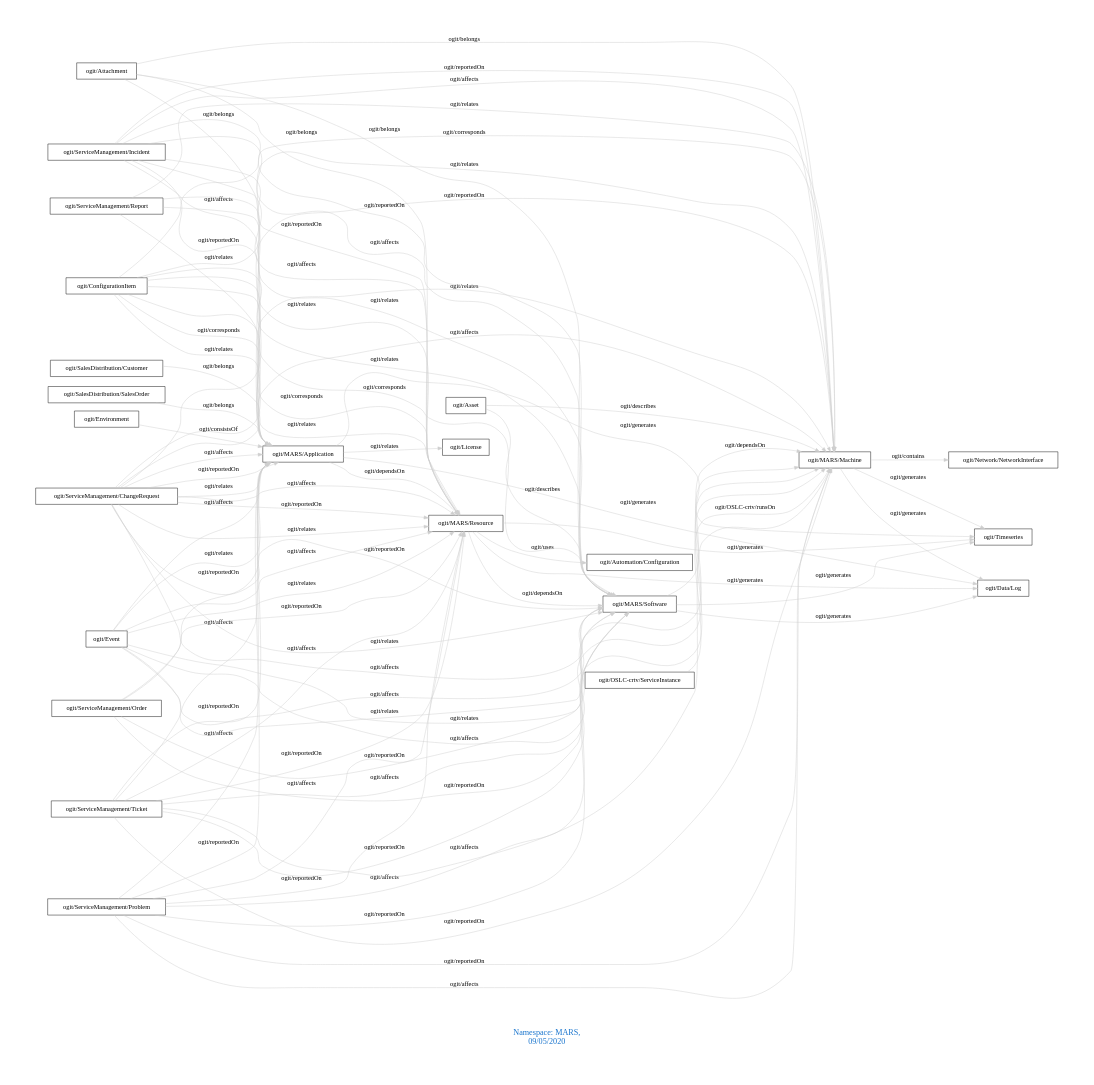
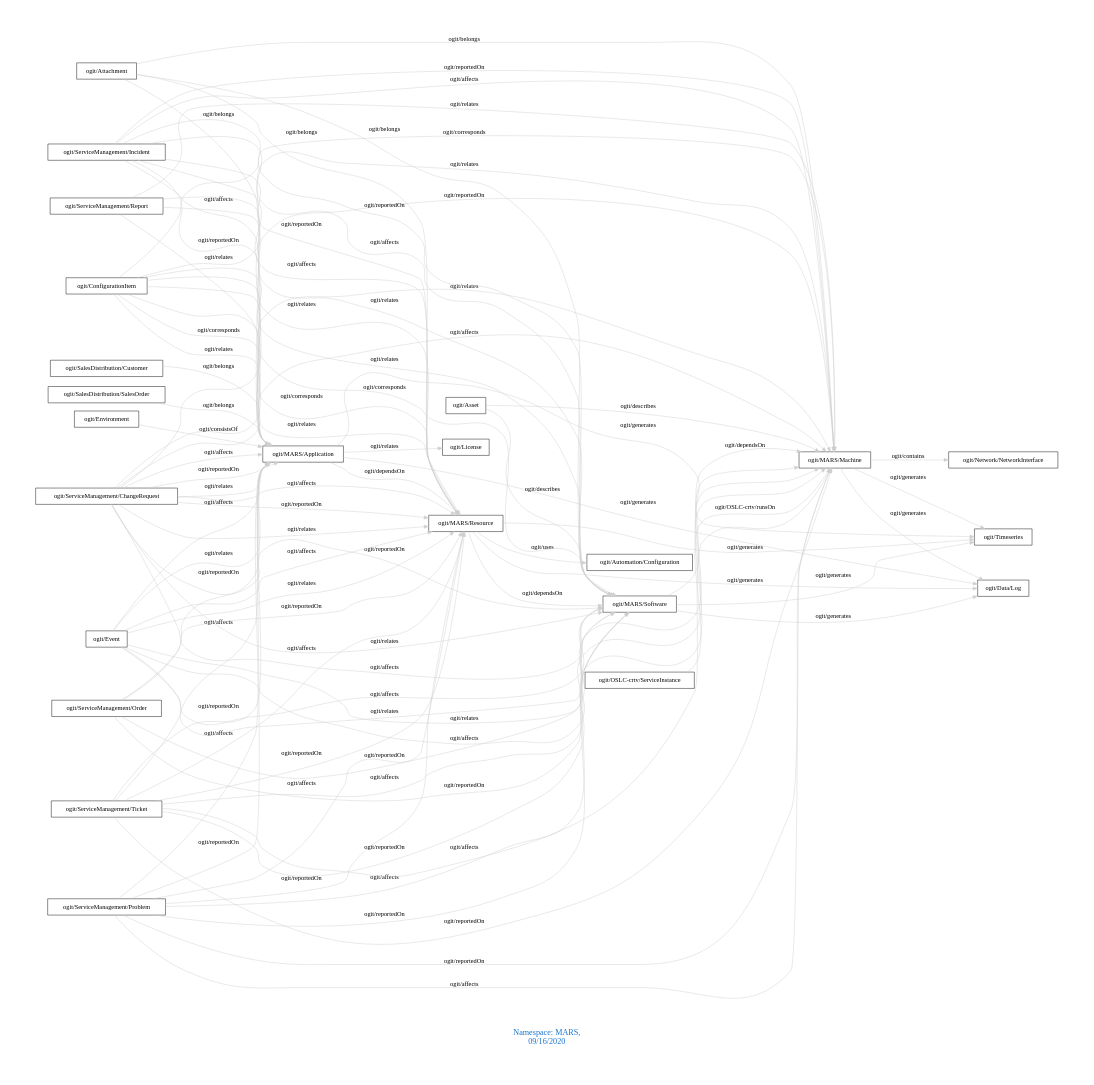
One commit to arago/OGIT changed the diagram in downloads/MARS.dot. Above: the diagram before and after it, drawn with Graphviz. The commit also changed 1832 other files, not shown here.

```diff
--- a/downloads/MARS.dot
+++ b/downloads/MARS.dot
@@ -1,92 +1,92 @@
 digraph OGIT_ontology {
  graph [ rankdir= LR,pad=1 
 fontsize = 18,
-fontcolor= dodgerblue3,label = "\n\n\nNamespace: MARS, \n 09/05/2020"];
+fontcolor= dodgerblue3,label = "\n\n\nNamespace: MARS, \n 09/16/2020"];
 node[shape=polygon];
 edge [  color="gray81"];
 
    "ogit/MARS/Machine" -> "ogit/Network/NetworkInterface" [label="   ogit/contains    "];
    "ogit/MARS/Application" -> "ogit/Data/Log" [label="   ogit/generates    "];
    "ogit/MARS/Application" -> "ogit/Timeseries" [label="   ogit/generates    "];
    "ogit/MARS/Machine" -> "ogit/Data/Log" [label="   ogit/generates    "];
    "ogit/MARS/Machine" -> "ogit/Timeseries" [label="   ogit/generates    "];
    "ogit/MARS/Resource" -> "ogit/Data/Log" [label="   ogit/generates    "];
    "ogit/MARS/Resource" -> "ogit/Timeseries" [label="   ogit/generates    "];
    "ogit/MARS/Software" -> "ogit/Data/Log" [label="   ogit/generates    "];
    "ogit/MARS/Software" -> "ogit/Timeseries" [label="   ogit/generates    "];
    "ogit/Asset" -> "ogit/MARS/Software" [label="   ogit/describes    "];
    "ogit/Asset" -> "ogit/MARS/Machine" [label="   ogit/describes    "];
    "ogit/ConfigurationItem" -> "ogit/MARS/Application" [label="   ogit/corresponds    "];
    "ogit/ConfigurationItem" -> "ogit/MARS/Resource" [label="   ogit/corresponds    "];
    "ogit/ConfigurationItem" -> "ogit/MARS/Software" [label="   ogit/corresponds    "];
    "ogit/ConfigurationItem" -> "ogit/MARS/Machine" [label="   ogit/corresponds    "];
    "ogit/ServiceManagement/ChangeRequest" -> "ogit/MARS/Application" [label="   ogit/affects    "];
    "ogit/ServiceManagement/ChangeRequest" -> "ogit/MARS/Resource" [label="   ogit/affects    "];
    "ogit/ServiceManagement/ChangeRequest" -> "ogit/MARS/Software" [label="   ogit/affects    "];
    "ogit/ServiceManagement/ChangeRequest" -> "ogit/MARS/Machine" [label="   ogit/affects    "];
    "ogit/ServiceManagement/Incident" -> "ogit/MARS/Application" [label="   ogit/affects    "];
    "ogit/ServiceManagement/Incident" -> "ogit/MARS/Resource" [label="   ogit/affects    "];
    "ogit/ServiceManagement/Incident" -> "ogit/MARS/Software" [label="   ogit/affects    "];
    "ogit/ServiceManagement/Incident" -> "ogit/MARS/Machine" [label="   ogit/affects    "];
    "ogit/ServiceManagement/Problem" -> "ogit/MARS/Application" [label="   ogit/affects    "];
    "ogit/ServiceManagement/Problem" -> "ogit/MARS/Resource" [label="   ogit/affects    "];
    "ogit/ServiceManagement/Problem" -> "ogit/MARS/Software" [label="   ogit/affects    "];
    "ogit/ServiceManagement/Problem" -> "ogit/MARS/Machine" [label="   ogit/affects    "];
    "ogit/ServiceManagement/Ticket" -> "ogit/MARS/Application" [label="   ogit/affects    "];
    "ogit/ServiceManagement/Ticket" -> "ogit/MARS/Resource" [label="   ogit/affects    "];
    "ogit/ServiceManagement/Ticket" -> "ogit/MARS/Software" [label="   ogit/affects    "];
    "ogit/ServiceManagement/Ticket" -> "ogit/MARS/Machine" [label="   ogit/affects    "];
    "ogit/Event" -> "ogit/MARS/Application" [label="   ogit/affects    "];
    "ogit/Event" -> "ogit/MARS/Resource" [label="   ogit/affects    "];
    "ogit/Event" -> "ogit/MARS/Software" [label="   ogit/affects    "];
    "ogit/Event" -> "ogit/MARS/Machine" [label="   ogit/affects    "];
    "ogit/OSLC-crtv/ServiceInstance" -> "ogit/MARS/Machine" [label="   ogit/OSLC-crtv/runsOn    "];
    "ogit/MARS/Application" -> "ogit/MARS/Resource" [label="   ogit/dependsOn    "];
    "ogit/MARS/Resource" -> "ogit/MARS/Software" [label="   ogit/dependsOn    "];
    "ogit/MARS/Software" -> "ogit/MARS/Machine" [label="   ogit/dependsOn    "];
    "ogit/SalesDistribution/Customer" -> "ogit/MARS/Application" [label="   ogit/belongs    "];
    "ogit/SalesDistribution/SalesOrder" -> "ogit/MARS/Application" [label="   ogit/belongs    "];
    "ogit/Attachment" -> "ogit/MARS/Machine" [label="   ogit/belongs    "];
    "ogit/Attachment" -> "ogit/MARS/Software" [label="   ogit/belongs    "];
    "ogit/Attachment" -> "ogit/MARS/Resource" [label="   ogit/belongs    "];
    "ogit/Attachment" -> "ogit/MARS/Application" [label="   ogit/belongs    "];
    "ogit/MARS/Resource" -> "ogit/Automation/Configuration" [label="   ogit/uses    "];
    "ogit/ServiceManagement/ChangeRequest" -> "ogit/MARS/Machine" [label="   ogit/reportedOn    "];
    "ogit/ServiceManagement/ChangeRequest" -> "ogit/MARS/Software" [label="   ogit/reportedOn    "];
    "ogit/ServiceManagement/ChangeRequest" -> "ogit/MARS/Resource" [label="   ogit/reportedOn    "];
    "ogit/ServiceManagement/ChangeRequest" -> "ogit/MARS/Application" [label="   ogit/reportedOn    "];
    "ogit/ServiceManagement/Incident" -> "ogit/MARS/Machine" [label="   ogit/reportedOn    "];
    "ogit/ServiceManagement/Incident" -> "ogit/MARS/Software" [label="   ogit/reportedOn    "];
    "ogit/ServiceManagement/Incident" -> "ogit/MARS/Resource" [label="   ogit/reportedOn    "];
    "ogit/ServiceManagement/Incident" -> "ogit/MARS/Application" [label="   ogit/reportedOn    "];
    "ogit/ServiceManagement/Order" -> "ogit/MARS/Machine" [label="   ogit/reportedOn    "];
    "ogit/ServiceManagement/Order" -> "ogit/MARS/Software" [label="   ogit/reportedOn    "];
    "ogit/ServiceManagement/Order" -> "ogit/MARS/Resource" [label="   ogit/reportedOn    "];
    "ogit/ServiceManagement/Order" -> "ogit/MARS/Application" [label="   ogit/reportedOn    "];
    "ogit/ServiceManagement/Problem" -> "ogit/MARS/Machine" [label="   ogit/reportedOn    "];
    "ogit/ServiceManagement/Problem" -> "ogit/MARS/Software" [label="   ogit/reportedOn    "];
    "ogit/ServiceManagement/Problem" -> "ogit/MARS/Resource" [label="   ogit/reportedOn    "];
    "ogit/ServiceManagement/Problem" -> "ogit/MARS/Application" [label="   ogit/reportedOn    "];
    "ogit/ServiceManagement/Ticket" -> "ogit/MARS/Machine" [label="   ogit/reportedOn    "];
    "ogit/ServiceManagement/Ticket" -> "ogit/MARS/Software" [label="   ogit/reportedOn    "];
    "ogit/ServiceManagement/Ticket" -> "ogit/MARS/Resource" [label="   ogit/reportedOn    "];
    "ogit/ServiceManagement/Ticket" -> "ogit/MARS/Application" [label="   ogit/reportedOn    "];
    "ogit/Environment" -> "ogit/MARS/Application" [label="   ogit/consistsOf    "];
    "ogit/MARS/Application" -> "ogit/License" [label="   ogit/relates    "];
    "ogit/ServiceManagement/ChangeRequest" -> "ogit/MARS/Machine" [label="   ogit/relates    "];
    "ogit/ServiceManagement/ChangeRequest" -> "ogit/MARS/Software" [label="   ogit/relates    "];
    "ogit/ServiceManagement/ChangeRequest" -> "ogit/MARS/Resource" [label="   ogit/relates    "];
    "ogit/ServiceManagement/ChangeRequest" -> "ogit/MARS/Application" [label="   ogit/relates    "];
    "ogit/ServiceManagement/Report" -> "ogit/MARS/Machine" [label="   ogit/relates    "];
    "ogit/ServiceManagement/Report" -> "ogit/MARS/Software" [label="   ogit/relates    "];
    "ogit/ServiceManagement/Report" -> "ogit/MARS/Resource" [label="   ogit/relates    "];
    "ogit/ServiceManagement/Report" -> "ogit/MARS/Application" [label="   ogit/relates    "];
    "ogit/ConfigurationItem" -> "ogit/MARS/Machine" [label="   ogit/relates    "];
    "ogit/ConfigurationItem" -> "ogit/MARS/Software" [label="   ogit/relates    "];
    "ogit/ConfigurationItem" -> "ogit/MARS/Resource" [label="   ogit/relates    "];
    "ogit/ConfigurationItem" -> "ogit/MARS/Application" [label="   ogit/relates    "];
    "ogit/Event" -> "ogit/MARS/Machine" [label="   ogit/relates    "];
    "ogit/Event" -> "ogit/MARS/Software" [label="   ogit/relates    "];
    "ogit/Event" -> "ogit/MARS/Resource" [label="   ogit/relates    "];
    "ogit/Event" -> "ogit/MARS/Application" [label="   ogit/relates    "];
 }
```
